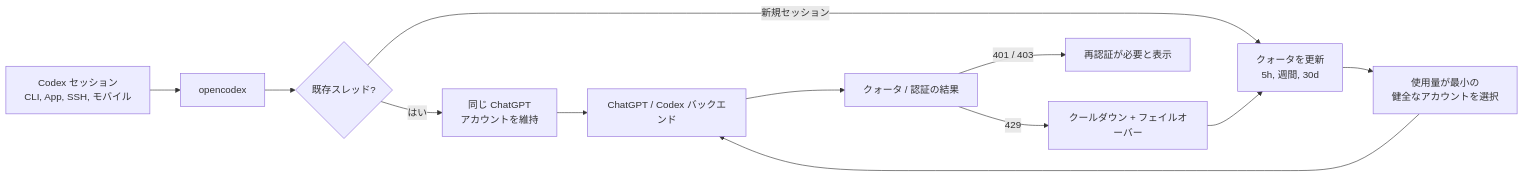
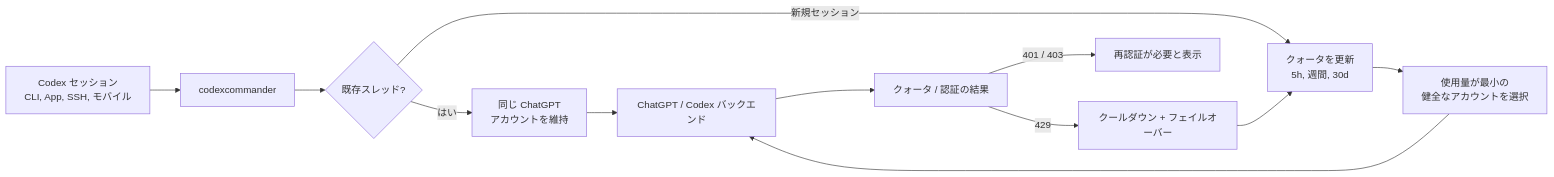
One commit to pavelhov/CodexCommander changed the diagram in readme/README.ja.md. Above: the diagram before and after it, drawn with Mermaid. The commit also changed other lines of this file and 3595 other files, not shown here.

````diff
--- a/readme/README.ja.md
+++ b/readme/README.ja.md
@@ -51,14 +35,14 @@
 ```mermaid
 flowchart LR
-  codex[Codex セッション<br/>CLI, App, SSH, モバイル] --> proxy[opencodex]
+  codex[Codex セッション<br/>CLI, App, SSH, モバイル] --> proxy[codexcommander]
   proxy --> existing{既存スレッド?}
   existing -->|はい| pinned[同じ ChatGPT<br/>アカウントを維持]
   existing -->|新規セッション| quota[クォータを更新<br/>5h, 週間, 30d]
   quota --> pick[使用量が最小の<br/>健全なアカウントを選択]
   pick --> upstream[ChatGPT / Codex バックエンド]
   pinned --> upstream
   upstream --> outcomes[クォータ / 認証の結果]
   outcomes -->|429| cooldown[クールダウン + フェイルオーバー]
   outcomes -->|401 / 403| reauth[再認証が必要と表示]
   cooldown --> quota
 ```
````
